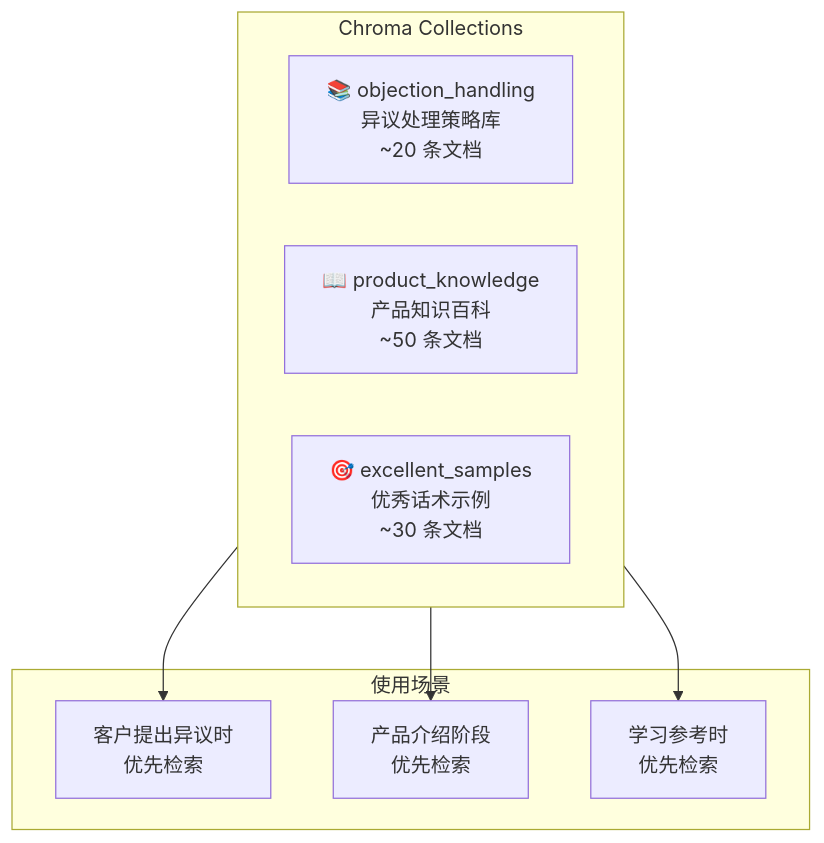
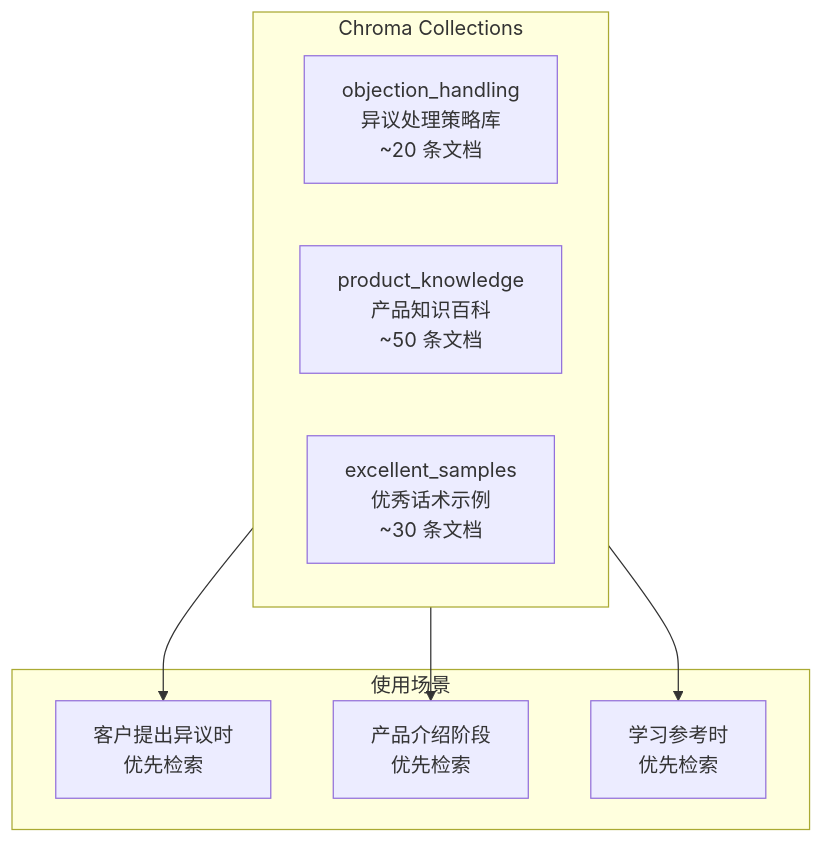
One commit to xt765/UMU-Sales-Trainer changed diagram 12 of 15 in README.md. Above: the diagram before and after it, drawn with Mermaid. The commit also changed other lines of this file and 3 other files, not shown here.

Commit message:
docs: 修复技术栈全景图布局 - 子图垂直堆叠 + 去除emoji

````diff
--- a/README.md
+++ b/README.md
@@ -965,19 +828,19 @@
 ```mermaid
 flowchart TB
     subgraph Collections["Chroma Collections"]
         direction LR
-        C1["📚 objection_handling<br>异议处理策略库<br>~20 条文档"]
-        C2["📖 product_knowledge<br>产品知识百科<br>~50 条文档"]
-        C3["🎯 excellent_samples<br>优秀话术示例<br>~30 条文档"]
+        C1["objection_handling<br>异议处理策略库<br>~20 条文档"]
+        C2["product_knowledge<br>产品知识百科<br>~50 条文档"]
+        C3["excellent_samples<br>优秀话术示例<br>~30 条文档"]
     end
     
     subgraph Usage["使用场景"]
         U1["客户提出异议时<br>优先检索"]
         U2["产品介绍阶段<br>优先检索"]
         U3["学习参考时<br>优先检索"]
     end
     
     C1 --> U1
     C2 --> U2
     C3 --> U3
 ```
````
